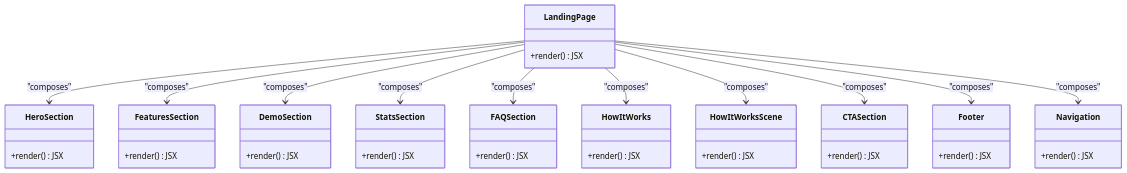
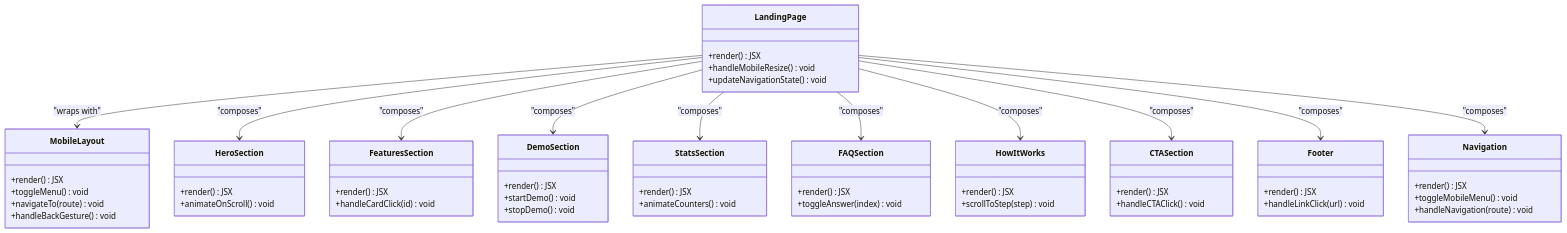
The sixth of 9 diagrams in .qoder/repowiki/en/content/Architecture Overview/Frontend Architecture.md (hieudepoet/Insurix), drawn with Mermaid before and after one commit. The commit also changed other lines of this file and 63 other files, not shown here.

````diff
--- a/.qoder/repowiki/en/content/Architecture Overview/Frontend Architecture.md
+++ b/.qoder/repowiki/en/content/Architecture Overview/Frontend Architecture.md
@@ -200,46 +300,62 @@
 ```mermaid
 classDiagram
 class LandingPage {
 +render() JSX
++handleMobileResize() void
++updateNavigationState() void
+}
+class MobileLayout {
++render() JSX
++toggleMenu() void
++navigateTo(route) void
++handleBackGesture() void
 }
 class HeroSection {
 +render() JSX
++animateOnScroll() void
 }
 class FeaturesSection {
 +render() JSX
++handleCardClick(id) void
 }
 class DemoSection {
 +render() JSX
++startDemo() void
++stopDemo() void
 }
 class StatsSection {
 +render() JSX
++animateCounters() void
 }
 class FAQSection {
 +render() JSX
++toggleAnswer(index) void
 }
 class HowItWorks {
 +render() JSX
-}
-class HowItWorksScene {
-+render() JSX
++scrollToStep(step) void
 }
 class CTASection {
 +render() JSX
++handleCTAClick() void
 }
 class Footer {
 +render() JSX
++handleLinkClick(url) void
 }
 class Navigation {
 +render() JSX
++toggleMobileMenu() void
++handleNavigation(route) void
 }
+LandingPage --> MobileLayout : "wraps with"
 LandingPage --> HeroSection : "composes"
 LandingPage --> FeaturesSection : "composes"
 LandingPage --> DemoSection : "composes"
 LandingPage --> StatsSection : "composes"
 LandingPage --> FAQSection : "composes"
 LandingPage --> HowItWorks : "composes"
-LandingPage --> HowItWorksScene : "composes"
 LandingPage --> CTASection : "composes"
 LandingPage --> Footer : "composes"
 LandingPage --> Navigation : "composes"
 ```
````
